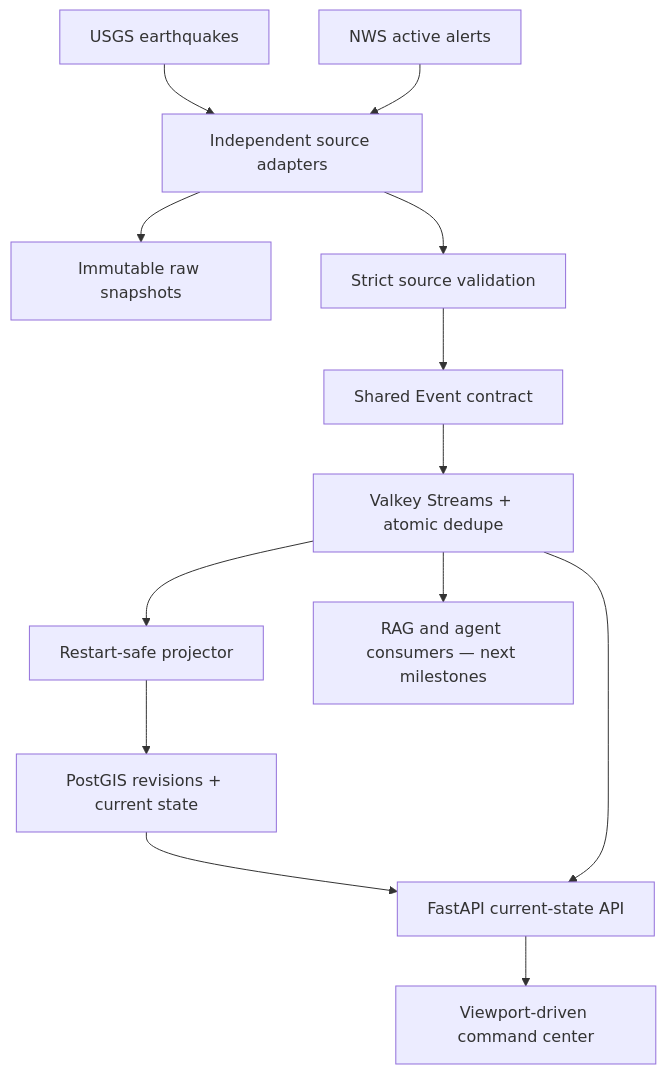
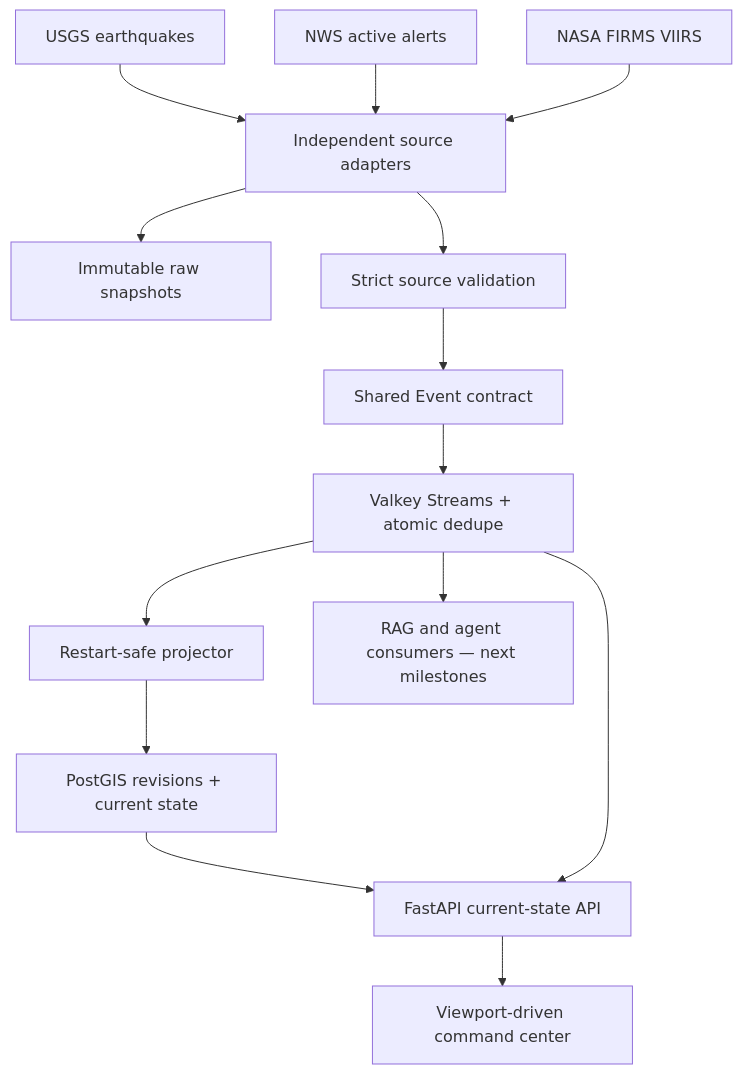
The diagram in README.md (Thivas12/atlas-pulse), drawn with Mermaid before and after one commit. The commit also changed other lines of this file and 44 other files, not shown here.

First line of the commit message:
feat: add live NASA FIRMS thermal anomaly intelligence (#16)

````diff
--- a/README.md
+++ b/README.md
@@ -35,15 +37,16 @@
 ```mermaid
 flowchart TD
     USGS["USGS earthquakes"] --> Adapters["Independent source adapters"]
     NWS["NWS active alerts"] --> Adapters
+    FIRMS["NASA FIRMS VIIRS"] --> Adapters
     Adapters --> Raw["Immutable raw snapshots"]
     Adapters --> Validate["Strict source validation"]
     Validate --> Contract["Shared Event contract"]
     Contract --> Stream["Valkey Streams + atomic dedupe"]
     Stream --> Projector["Restart-safe projector"]
     Projector --> PostGIS["PostGIS revisions + current state"]
     PostGIS --> API["FastAPI current-state API"]
     Stream --> API
     API --> Web["Viewport-driven command center"]
     Stream --> Agents["RAG and agent consumers — next milestones"]
 ```
````
